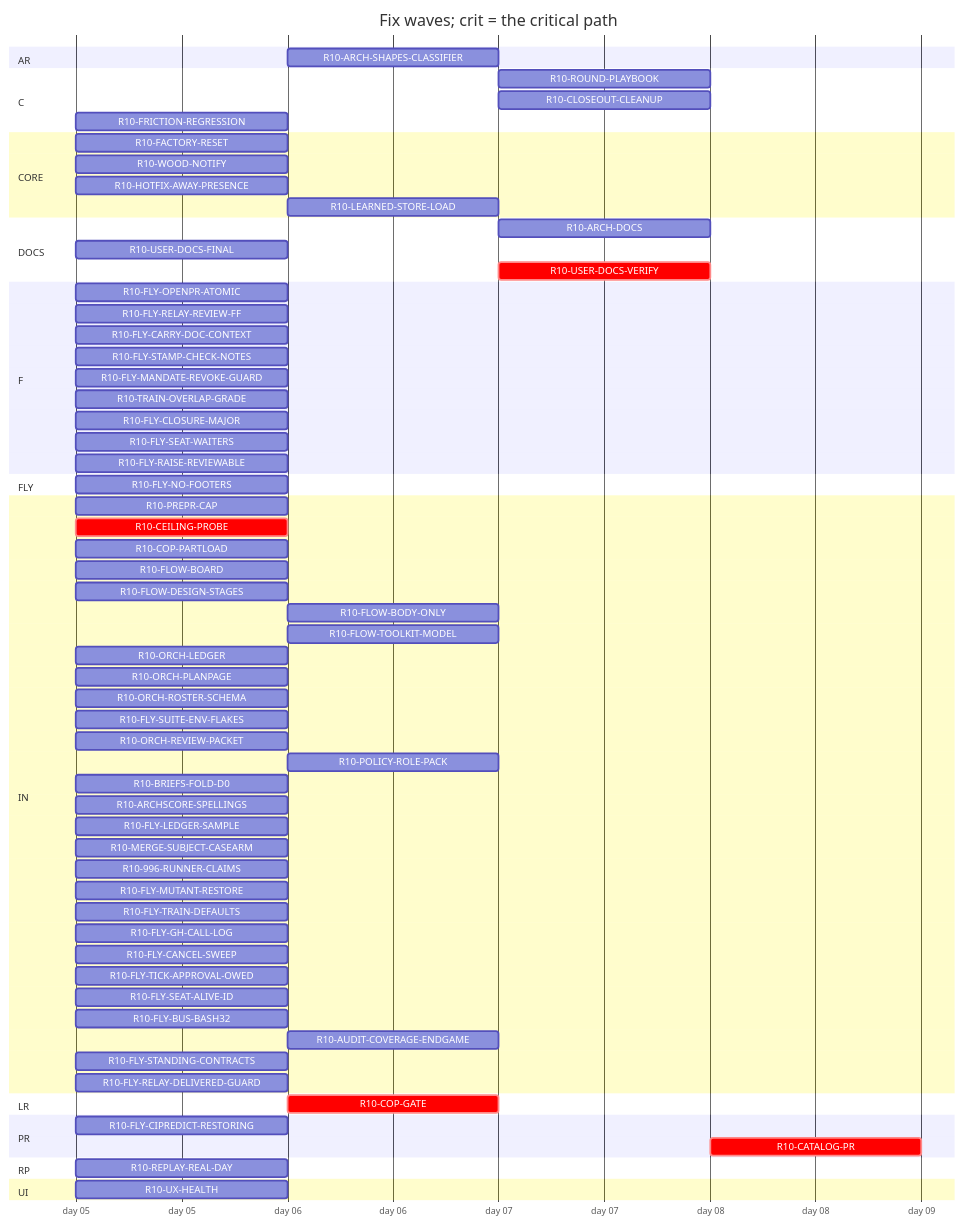
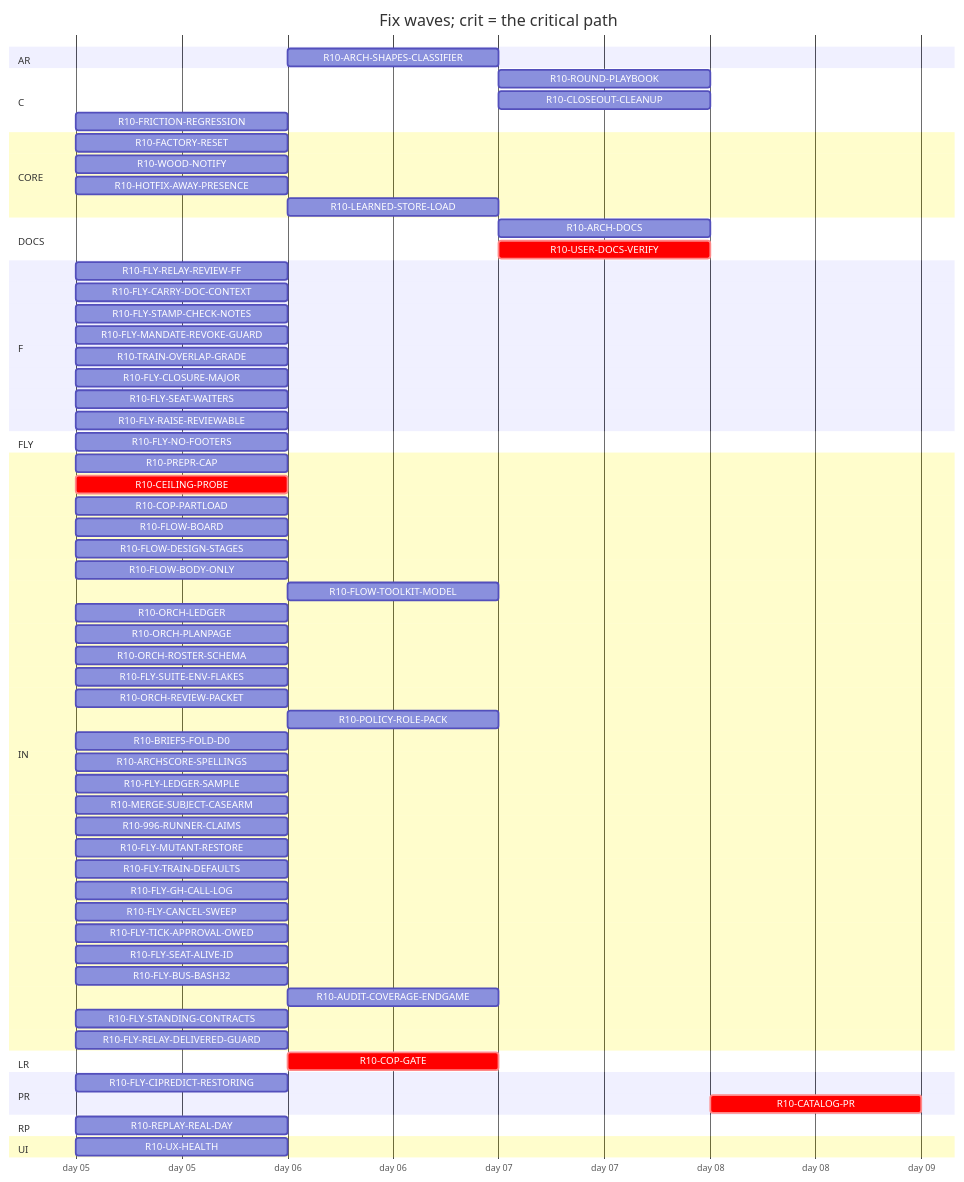
Before and after one commit to tvofi/heatpump_optimizer: the diagram in handoff/round10/state/PLAN-TABLE.md, drawn with Mermaid. The commit also changed other lines of this file and 3 other files, not shown here.

Commit message:
state: FLOW-BOARD.md, NEXT-SESSION-PROMPT.md, PLAN-TABLE.md, RESUME-CURRENT.md regenerated (state_docs.py)

````diff
--- a/handoff/round10/state/PLAN-TABLE.md
+++ b/handoff/round10/state/PLAN-TABLE.md
@@ -24,71 +24,69 @@
 ```mermaid
 gantt
   title Fix waves; crit = the critical path
   dateFormat YYYY-MM-DD
   axisFormat day %d
   section AR
     R10-ARCH-SHAPES-CLASSIFIER :r10ARCHSHAPESCLASSIFIER, after r10996RUNNERCLAIMS, 1d
   section C
     R10-ROUND-PLAYBOOK :r10ROUNDPLAYBOOK, after r10ORCHLEDGER r10ORCHPLANPAGE r10FLYRELAYREVIEWFF r10FLOWBODYONLY r10AUDITCOVERAGEENDGAME r10FLOWDESIGNSTAGES r10ORCHROSTERSCHEMA r10FLOWTOOLKITMODEL r10TRAINOVERLAPGRADE r10FLYTRAINDEFAULTS r10FLYCANCELSWEEP r10POLICYROLEPACK r10ORCHREVIEWPACKET r10FLOWBOARD, 1d
     R10-CLOSEOUT-CLEANUP :r10CLOSEOUTCLEANUP, after r10AUDITCOVERAGEENDGAME, 1d
     R10-FRICTION-REGRESSION :r10FRICTIONREGRESSION, 2026-01-05, 1d
   section CORE
     R10-FACTORY-RESET :r10FACTORYRESET, 2026-01-05, 1d
     R10-WOOD-NOTIFY :r10WOODNOTIFY, 2026-01-05, 1d
     R10-HOTFIX-AWAY-PRESENCE :r10HOTFIXAWAYPRESENCE, 2026-01-05, 1d
     R10-LEARNED-STORE-LOAD :r10LEARNEDSTORELOAD, after r10FACTORYRESET, 1d
   section DOCS
-    R10-ARCH-DOCS :r10ARCHDOCS, after r10COPGATE r10UXHEALTH r10CEILINGPROBE r10COPPARTLOAD r10FLOWBOARD r10FLOWDESIGNSTAGES r10FLOWBODYONLY r10FLYOPENPRATOMIC r10FLYRELAYREVIEWFF r10FLYCARRYDOCCONTEXT r10FLOWTOOLKITMODEL r10FLYSTAMPCHECKNOTES r10FLYMANDATEREVOKEGUARD r10TRAINOVERLAPGRADE r10FLYSUITEENVFLAKES r10ORCHLEDGER r10ORCHPLANPAGE r10ORCHROSTERSCHEMA r10ORCHREVIEWPACKET r10POLICYROLEPACK r10BRIEFSFOLDD0 r10REPLAYREALDAY r10ARCHSCORESPELLINGS r10FLYLEDGERSAMPLE, 1d
-    R10-USER-DOCS-FINAL :r10USERDOCSFINAL, 2026-01-05, 1d
-    R10-USER-DOCS-VERIFY :crit, r10USERDOCSVERIFY, after r10COPGATE r10UXHEALTH r10CEILINGPROBE r10COPPARTLOAD r10FACTORYRESET r10WOODNOTIFY r10USERDOCSFINAL r10ARCHSHAPESCLASSIFIER r10HOTFIXAWAYPRESENCE, 1d
+    R10-ARCH-DOCS :r10ARCHDOCS, after r10COPGATE r10UXHEALTH r10CEILINGPROBE r10COPPARTLOAD r10FLOWBOARD r10FLOWDESIGNSTAGES r10FLOWBODYONLY r10FLYRELAYREVIEWFF r10FLYCARRYDOCCONTEXT r10FLOWTOOLKITMODEL r10FLYSTAMPCHECKNOTES r10FLYMANDATEREVOKEGUARD r10TRAINOVERLAPGRADE r10FLYSUITEENVFLAKES r10ORCHLEDGER r10ORCHPLANPAGE r10ORCHROSTERSCHEMA r10ORCHREVIEWPACKET r10POLICYROLEPACK r10BRIEFSFOLDD0 r10REPLAYREALDAY r10ARCHSCORESPELLINGS r10FLYLEDGERSAMPLE, 1d
+    R10-USER-DOCS-VERIFY :crit, r10USERDOCSVERIFY, after r10COPGATE r10UXHEALTH r10CEILINGPROBE r10COPPARTLOAD r10FACTORYRESET r10WOODNOTIFY r10ARCHSHAPESCLASSIFIER r10HOTFIXAWAYPRESENCE, 1d
   section F
-    R10-FLY-OPENPR-ATOMIC :r10FLYOPENPRATOMIC, 2026-01-05, 1d
     R10-FLY-RELAY-REVIEW-FF :r10FLYRELAYREVIEWFF, 2026-01-05, 1d
     R10-FLY-CARRY-DOC-CONTEXT :r10FLYCARRYDOCCONTEXT, 2026-01-05, 1d
     R10-FLY-STAMP-CHECK-NOTES :r10FLYSTAMPCHECKNOTES, 2026-01-05, 1d
     R10-FLY-MANDATE-REVOKE-GUARD :r10FLYMANDATEREVOKEGUARD, 2026-01-05, 1d
     R10-TRAIN-OVERLAP-GRADE :r10TRAINOVERLAPGRADE, 2026-01-05, 1d
     R10-FLY-CLOSURE-MAJOR :r10FLYCLOSUREMAJOR, 2026-01-05, 1d
     R10-FLY-SEAT-WAITERS :r10FLYSEATWAITERS, 2026-01-05, 1d
     R10-FLY-RAISE-REVIEWABLE :r10FLYRAISEREVIEWABLE, 2026-01-05, 1d
   section FLY
     R10-FLY-NO-FOOTERS :r10FLYNOFOOTERS, 2026-01-05, 1d
   section IN
     R10-PREPR-CAP :r10PREPRCAP, 2026-01-05, 1d
     R10-CEILING-PROBE :crit, r10CEILINGPROBE, 2026-01-05, 1d
     R10-COP-PARTLOAD :r10COPPARTLOAD, 2026-01-05, 1d
     R10-FLOW-BOARD :r10FLOWBOARD, 2026-01-05, 1d
     R10-FLOW-DESIGN-STAGES :r10FLOWDESIGNSTAGES, 2026-01-05, 1d
-    R10-FLOW-BODY-ONLY :r10FLOWBODYONLY, after r10FLYOPENPRATOMIC, 1d
+    R10-FLOW-BODY-ONLY :r10FLOWBODYONLY, 2026-01-05, 1d
     R10-FLOW-TOOLKIT-MODEL :r10FLOWTOOLKITMODEL, after r10ORCHPLANPAGE r10FLYCANCELSWEEP, 1d
     R10-ORCH-LEDGER :r10ORCHLEDGER, 2026-01-05, 1d
     R10-ORCH-PLANPAGE :r10ORCHPLANPAGE, 2026-01-05, 1d
     R10-ORCH-ROSTER-SCHEMA :r10ORCHROSTERSCHEMA, 2026-01-05, 1d
     R10-FLY-SUITE-ENV-FLAKES :r10FLYSUITEENVFLAKES, 2026-01-05, 1d
     R10-ORCH-REVIEW-PACKET :r10ORCHREVIEWPACKET, 2026-01-05, 1d
     R10-POLICY-ROLE-PACK :r10POLICYROLEPACK, after r10FLOWDESIGNSTAGES, 1d
     R10-BRIEFS-FOLD-D0 :r10BRIEFSFOLDD0, 2026-01-05, 1d
     R10-ARCHSCORE-SPELLINGS :r10ARCHSCORESPELLINGS, 2026-01-05, 1d
     R10-FLY-LEDGER-SAMPLE :r10FLYLEDGERSAMPLE, 2026-01-05, 1d
     R10-MERGE-SUBJECT-CASEARM :r10MERGESUBJECTCASEARM, 2026-01-05, 1d
     R10-996-RUNNER-CLAIMS :r10996RUNNERCLAIMS, 2026-01-05, 1d
     R10-FLY-MUTANT-RESTORE :r10FLYMUTANTRESTORE, 2026-01-05, 1d
     R10-FLY-TRAIN-DEFAULTS :r10FLYTRAINDEFAULTS, 2026-01-05, 1d
     R10-FLY-GH-CALL-LOG :r10FLYGHCALLLOG, 2026-01-05, 1d
     R10-FLY-CANCEL-SWEEP :r10FLYCANCELSWEEP, 2026-01-05, 1d
     R10-FLY-TICK-APPROVAL-OWED :r10FLYTICKAPPROVALOWED, 2026-01-05, 1d
     R10-FLY-SEAT-ALIVE-ID :r10FLYSEATALIVEID, 2026-01-05, 1d
     R10-FLY-BUS-BASH32 :r10FLYBUSBASH32, 2026-01-05, 1d
     R10-AUDIT-COVERAGE-ENDGAME :r10AUDITCOVERAGEENDGAME, after r10FLYMUTANTRESTORE r10996RUNNERCLAIMS, 1d
     R10-FLY-STANDING-CONTRACTS :r10FLYSTANDINGCONTRACTS, 2026-01-05, 1d
     R10-FLY-RELAY-DELIVERED-GUARD :r10FLYRELAYDELIVEREDGUARD, 2026-01-05, 1d
   section LR
     R10-COP-GATE :crit, r10COPGATE, after r10CEILINGPROBE, 1d
   section PR
     R10-FLY-CIPREDICT-RESTORING :r10FLYCIPREDICTRESTORING, 2026-01-05, 1d
     R10-CATALOG-PR :crit, r10CATALOGPR, after r10USERDOCSVERIFY r10AUDITCOVERAGEENDGAME, 1d
   section RP
     R10-REPLAY-REAL-DAY :r10REPLAYREALDAY, 2026-01-05, 1d
   section UI
     R10-UX-HEALTH :r10UXHEALTH, 2026-01-05, 1d
 ```
````
